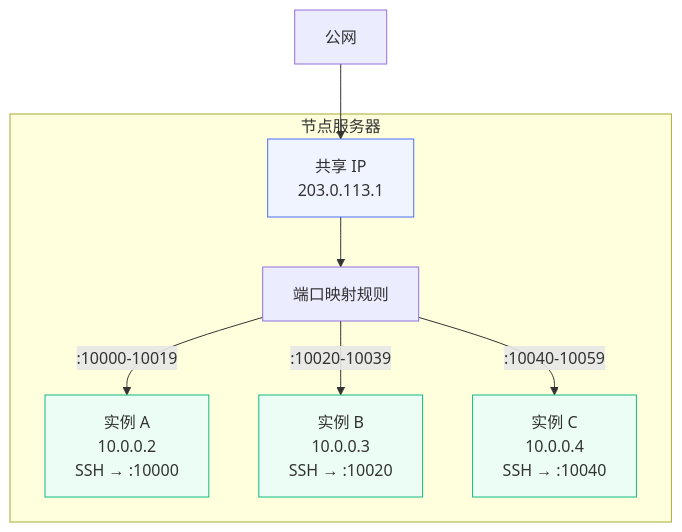
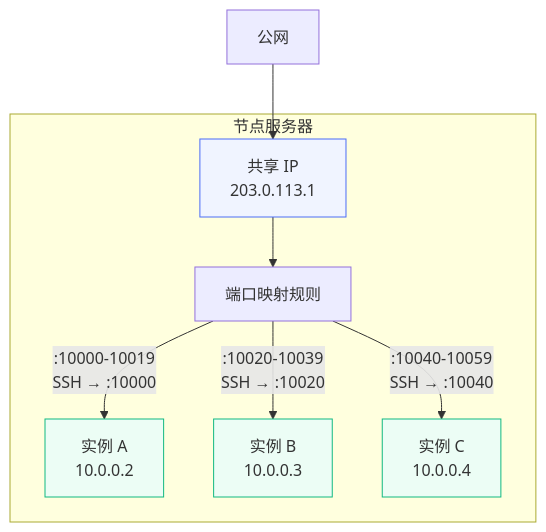
The diagram in docs/novaix/shared-ip.md (huohuastudio/docs), drawn with Mermaid before and after one commit.

Commit message:
fix: 修复共享 IP 网络拓扑图底部文字被截断

````diff
--- a/docs/novaix/shared-ip.md
+++ b/docs/novaix/shared-ip.md
@@ -20,16 +20,16 @@
 ```mermaid
 graph TB
     internet["公网"] --> sharedIP["共享 IP<br/>203.0.113.1"]
 
     subgraph node["节点服务器"]
         sharedIP --> portMap["端口映射规则"]
-        portMap -->|":10000-10019"| vm1["实例 A<br/>10.0.0.2<br/>SSH → :10000"]
-        portMap -->|":10020-10039"| vm2["实例 B<br/>10.0.0.3<br/>SSH → :10020"]
-        portMap -->|":10040-10059"| vm3["实例 C<br/>10.0.0.4<br/>SSH → :10040"]
+        portMap -->|":10000-10019<br/>SSH → :10000"| vm1["实例 A<br/>10.0.0.2"]
+        portMap -->|":10020-10039<br/>SSH → :10020"| vm2["实例 B<br/>10.0.0.3"]
+        portMap -->|":10040-10059<br/>SSH → :10040"| vm3["实例 C<br/>10.0.0.4"]
     end
 
     style sharedIP fill:#f0f4ff,stroke:#4a6cf7
     style vm1 fill:#ecfdf5,stroke:#10b981
     style vm2 fill:#ecfdf5,stroke:#10b981
     style vm3 fill:#ecfdf5,stroke:#10b981
 ```
````
